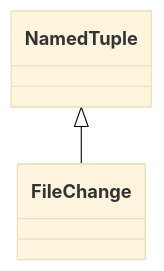
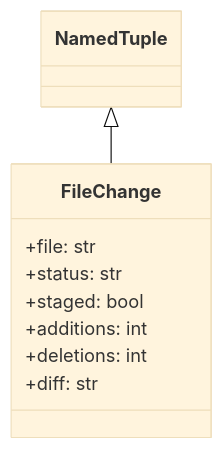
One commit to Brunvelop/autocode changed the first of 3 diagrams in design/autocode/core/git/git_analyzer_items.md. Above: the diagram before and after it, drawn with Mermaid (base theme). The commit also changed other lines of this file and 22 other files, not shown here.

````diff
--- a/design/autocode/core/git/git_analyzer_items.md
+++ b/design/autocode/core/git/git_analyzer_items.md
@@ -20,7 +20,13 @@
 ```mermaid
 classDiagram
     class FileChange {
+        +file: str
+        +status: str
+        +staged: bool
+        +additions: int
+        +deletions: int
+        +diff: str
     }
     NamedTuple <|-- FileChange
 
 ```
````
